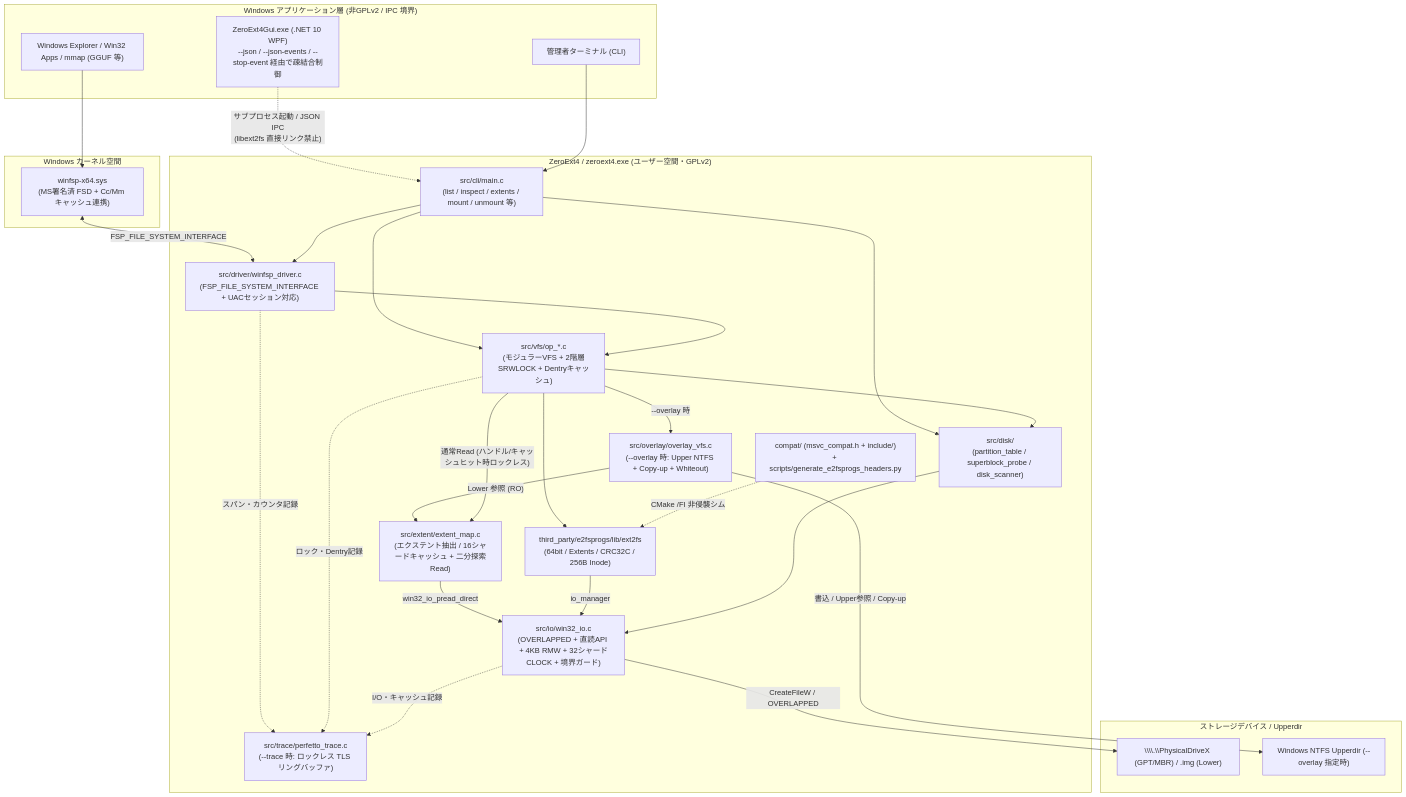
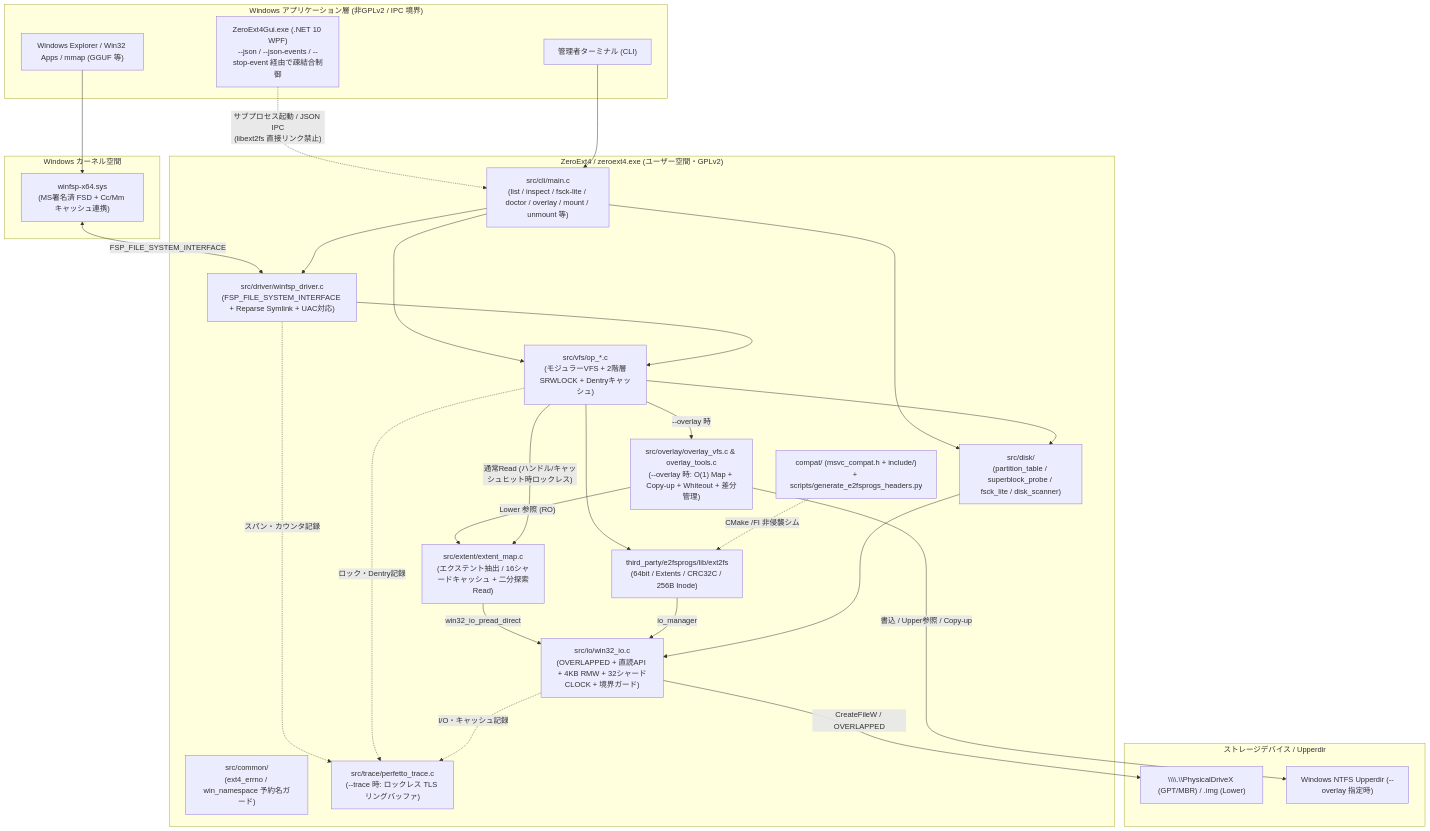
One commit to totatake/ZeroExt changed the first of 2 diagrams in docs/architecture.md. Above: the diagram before and after it, drawn with Mermaid. The commit also changed 13 other files, not shown here.

````diff
--- a/docs/architecture.md
+++ b/docs/architecture.md
@@ -9,53 +9,54 @@
 ```mermaid
 flowchart TD
     subgraph UserApps["Windows アプリケーション層 (非GPLv2 / IPC 境界)"]
         Exp["Windows Explorer / Win32 Apps / mmap (GGUF 等)"]
         GuiApp["ZeroExt4Gui.exe (.NET 10 WPF)\n--json / --json-events / --stop-event 経由で疎結合制御"]
         CliUser["管理者ターミナル (CLI)"]
     end
 
     subgraph Kernel["Windows カーネル空間"]
         WinFspSys["winfsp-x64.sys\n(MS署名済 FSD + Cc/Mm キャッシュ連携)"]
     end
 
     subgraph DriverExe["ZeroExt4 / zeroext4.exe (ユーザー空間・GPLv2)"]
-        CLI["src/cli/main.c\n(list / inspect / extents / mount / unmount 等)"]
-        WinFspDrv["src/driver/winfsp_driver.c\n(FSP_FILE_SYSTEM_INTERFACE + UACセッション対応)"]
-        Overlay["src/overlay/overlay_vfs.c\n(--overlay 時: Upper NTFS + Copy-up + Whiteout)"]
+        CLI["src/cli/main.c\n(list / inspect / fsck-lite / doctor / overlay / mount / unmount 等)"]
+        WinFspDrv["src/driver/winfsp_driver.c\n(FSP_FILE_SYSTEM_INTERFACE + Reparse Symlink + UAC対応)"]
+        Overlay["src/overlay/overlay_vfs.c & overlay_tools.c\n(--overlay 時: O(1) Map + Copy-up + Whiteout + 差分管理)"]
         VFS["src/vfs/op_*.c\n(モジュラーVFS + 2階層SRWLOCK + Dentryキャッシュ)"]
         Extent["src/extent/extent_map.c\n(エクステント抽出 / 16シャードキャッシュ + 二分探索Read)"]
-        Disk["src/disk/\n(partition_table / superblock_probe / disk_scanner)"]
+        Disk["src/disk/\n(partition_table / superblock_probe / fsck_lite / disk_scanner)"]
+        Common["src/common/\n(ext4_errno / win_namespace 予約名ガード)"]
         Trace["src/trace/perfetto_trace.c\n(--trace 時: ロックレス TLS リングバッファ)"]
         LibExt2["third_party/e2fsprogs/lib/ext2fs\n(64bit / Extents / CRC32C / 256B Inode)"]
         Compat["compat/ (msvc_compat.h + include/)\n+ scripts/generate_e2fsprogs_headers.py"]
         Win32IO["src/io/win32_io.c\n(OVERLAPPED + 直読API + 4KB RMW + 32シャードCLOCK + 境界ガード)"]
     end
 
     subgraph Storage["ストレージデバイス / Upperdir"]
         Phys["\\\\.\\PhysicalDriveX (GPT/MBR) / .img (Lower)"]
         NtfsUpper["Windows NTFS Upperdir (--overlay 指定時)"]
     end
 
     Exp --> WinFspSys
     WinFspSys <-->|"FSP_FILE_SYSTEM_INTERFACE"| WinFspDrv
     GuiApp -.->|"サブプロセス起動 / JSON IPC\n(libext2fs 直接リンク禁止)"| CLI
     CliUser --> CLI
     CLI --> Disk
     CLI --> VFS
     CLI --> WinFspDrv
     WinFspDrv --> VFS
     VFS -->|"--overlay 時"| Overlay
     Overlay -->|"書込 / Upper参照 / Copy-up"| NtfsUpper
     Overlay -->|"Lower 参照 (RO)"| Extent
     VFS -->|"通常Read (ハンドル/キャッシュヒット時ロックレス)"| Extent
     VFS --> Disk
     VFS --> LibExt2
     Compat -.->|"CMake /FI 非侵襲シム"| LibExt2
     Extent -->|"win32_io_pread_direct"| Win32IO
     LibExt2 -->|"io_manager"| Win32IO
     Disk --> Win32IO
     WinFspDrv -.->|"スパン・カウンタ記録"| Trace
     VFS -.->|"ロック・Dentry記録"| Trace
     Win32IO -.->|"I/O・キャッシュ記録"| Trace
     Win32IO -->|"CreateFileW / OVERLAPPED"| Phys
 ```
````
